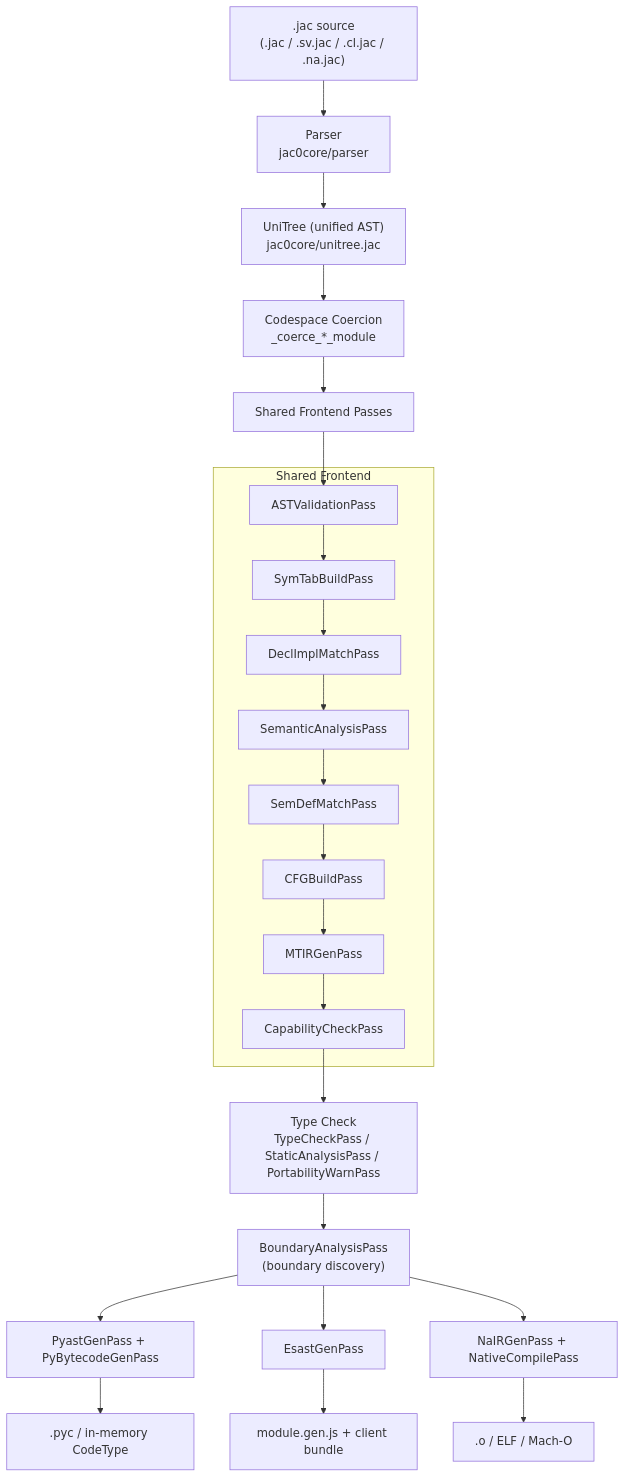
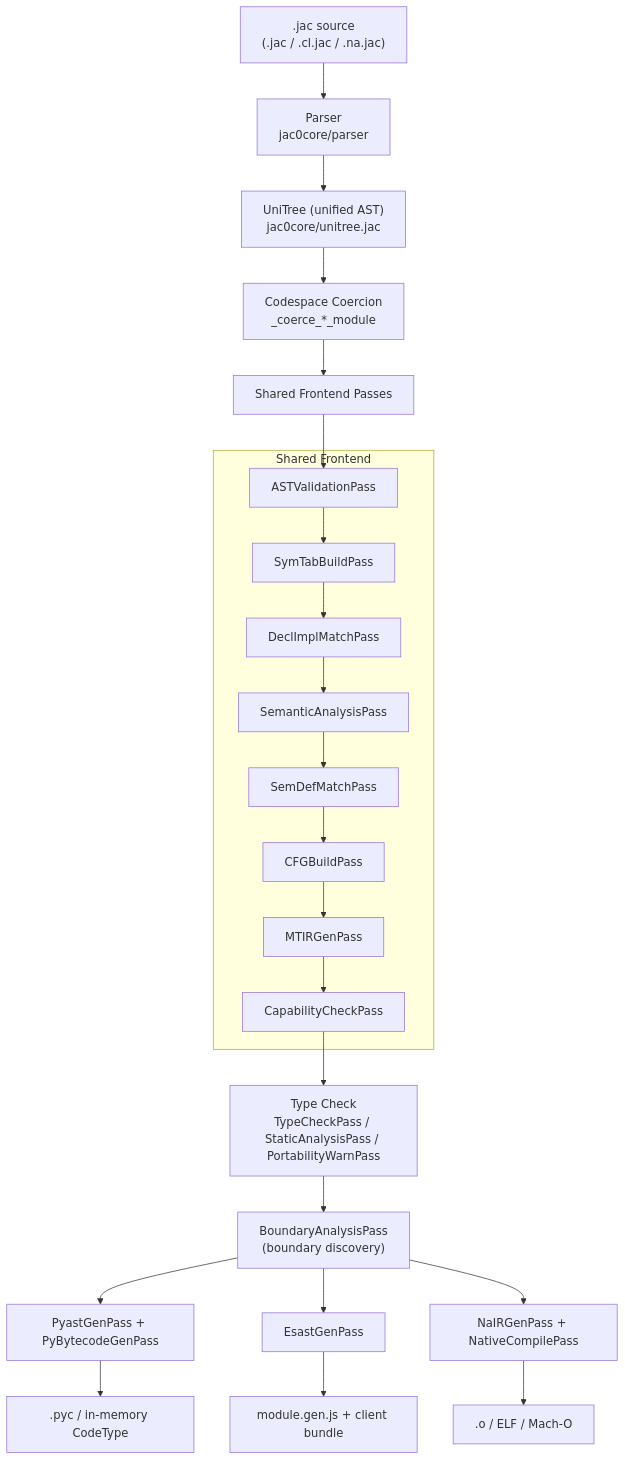
The second of 3 diagrams in jac/jaclang/cli/docs/internals/compiler_architecture.md (jaseci-labs/jaseci), drawn with Mermaid before and after one commit. The commit also changed other lines of this file and 580 other files, not shown here.

````diff
--- a/jac/jaclang/cli/docs/internals/compiler_architecture.md
+++ b/jac/jaclang/cli/docs/internals/compiler_architecture.md
@@ -96,29 +98,29 @@
 ```mermaid
 graph TD
-    SRC[".jac source<br/>(.jac / .sv.jac / .cl.jac / .na.jac)"] --> PARSE[Parser<br/>jac0core/parser]
+    SRC[".jac source<br/>(.jac / .cl.jac / .na.jac)"] --> PARSE[Parser<br/>jac0core/parser]
     PARSE --> UNI["UniTree (unified AST)<br/>jac0core/unitree.jac"]
     UNI --> COERCE["Codespace Coercion<br/>_coerce_*_module"]
     COERCE --> FRONTEND[Shared Frontend Passes]
 
     subgraph FRONTEND_PASSES["Shared Frontend"]
         FE1[ASTValidationPass]
         FE2[SymTabBuildPass]
         FE3[DeclImplMatchPass]
         FE4[SemanticAnalysisPass]
         FE5[SemDefMatchPass]
         FE6[CFGBuildPass]
         FE7[MTIRGenPass]
         FE8[CapabilityCheckPass]
     end
 
     FRONTEND --> FE1 --> FE2 --> FE3 --> FE4 --> FE5 --> FE6 --> FE7 --> FE8
     FE8 --> TYPECK["Type Check<br/>TypeCheckPass / StaticAnalysisPass / PortabilityWarnPass"]
     TYPECK --> INTEROP["BoundaryAnalysisPass<br/>(boundary discovery)"]
     INTEROP --> SV[PyastGenPass + PyBytecodeGenPass]
     INTEROP --> CL[EsastGenPass]
     INTEROP --> NA[NaIRGenPass + NativeCompilePass]
 
     SV --> SVOUT[".pyc / in-memory CodeType"]
     CL --> CLOUT["module.gen.js + client bundle"]
     NA --> NAOUT[".o / ELF / Mach-O"]
 ```
````
